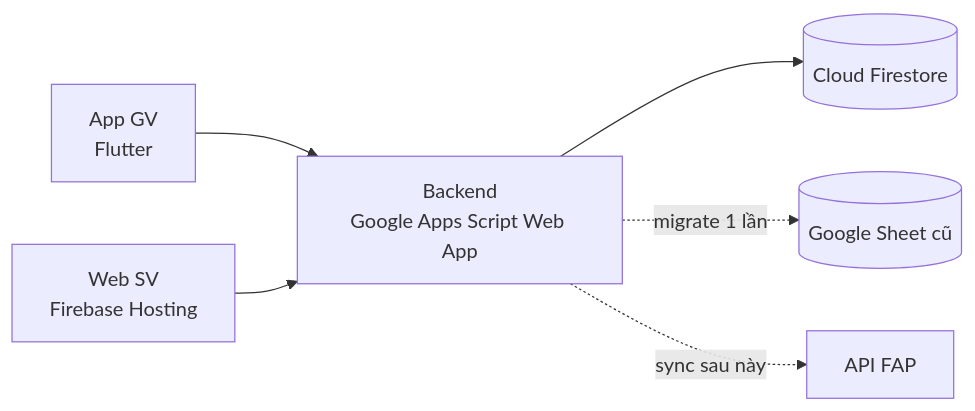
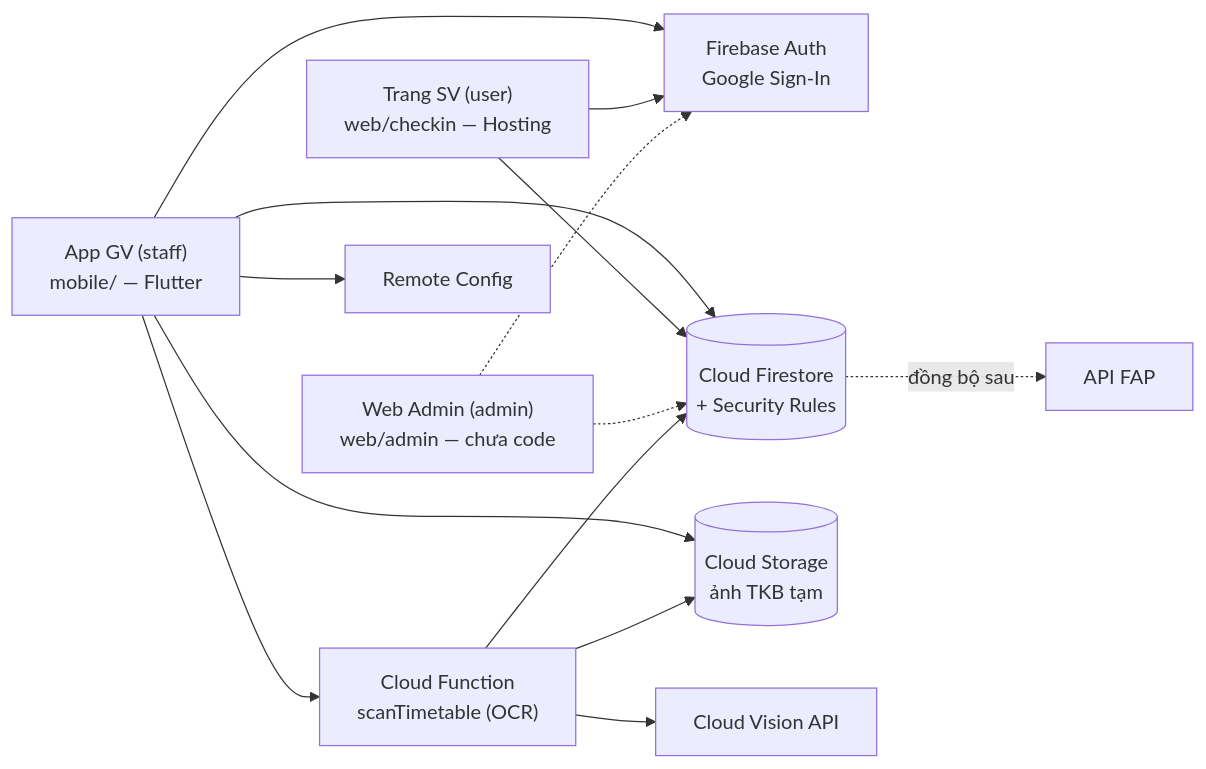
One commit to ducminh852005/fapcheckin changed the diagram in docs/01-kien-truc-tong-the.md. Above: the diagram before and after it, drawn with Mermaid. The commit also changed other lines of this file and 26 other files, not shown here.

First line of the commit message:
docs: rewrite architecture docs for Firebase and trim unused ones

````diff
--- a/docs/01-kien-truc-tong-the.md
+++ b/docs/01-kien-truc-tong-the.md
@@ -7,8 +7,16 @@
 ```mermaid
 flowchart LR
-    GV[App GV<br/>Flutter] --> BE[Backend<br/>Google Apps Script Web App]
-    SV[Web SV<br/>Firebase Hosting] --> BE
-    BE --> FS[(Cloud Firestore)]
-    BE -.migrate 1 lần.-> Sheet[(Google Sheet cũ)]
-    BE -.sync sau này.-> FAP[API FAP]
+    GV["App GV (staff)<br/>mobile/ — Flutter"] --> AUTH[Firebase Auth<br/>Google Sign-In]
+    SV["Trang SV (user)<br/>web/checkin — Hosting"] --> AUTH
+    ADM["Web Admin (admin)<br/>web/admin — chưa code"] -.-> AUTH
+    GV --> FS[("Cloud Firestore<br/>+ Security Rules")]
+    SV --> FS
+    ADM -.-> FS
+    GV --> ST[(Cloud Storage<br/>ảnh TKB tạm)]
+    GV --> FN["Cloud Function<br/>scanTimetable (OCR)"]
+    FN --> ST
+    FN --> VIS[Cloud Vision API]
+    FN --> FS
+    GV --> RC[Remote Config]
+    FS -.đồng bộ sau.-> FAP[API FAP]
 ```
````
